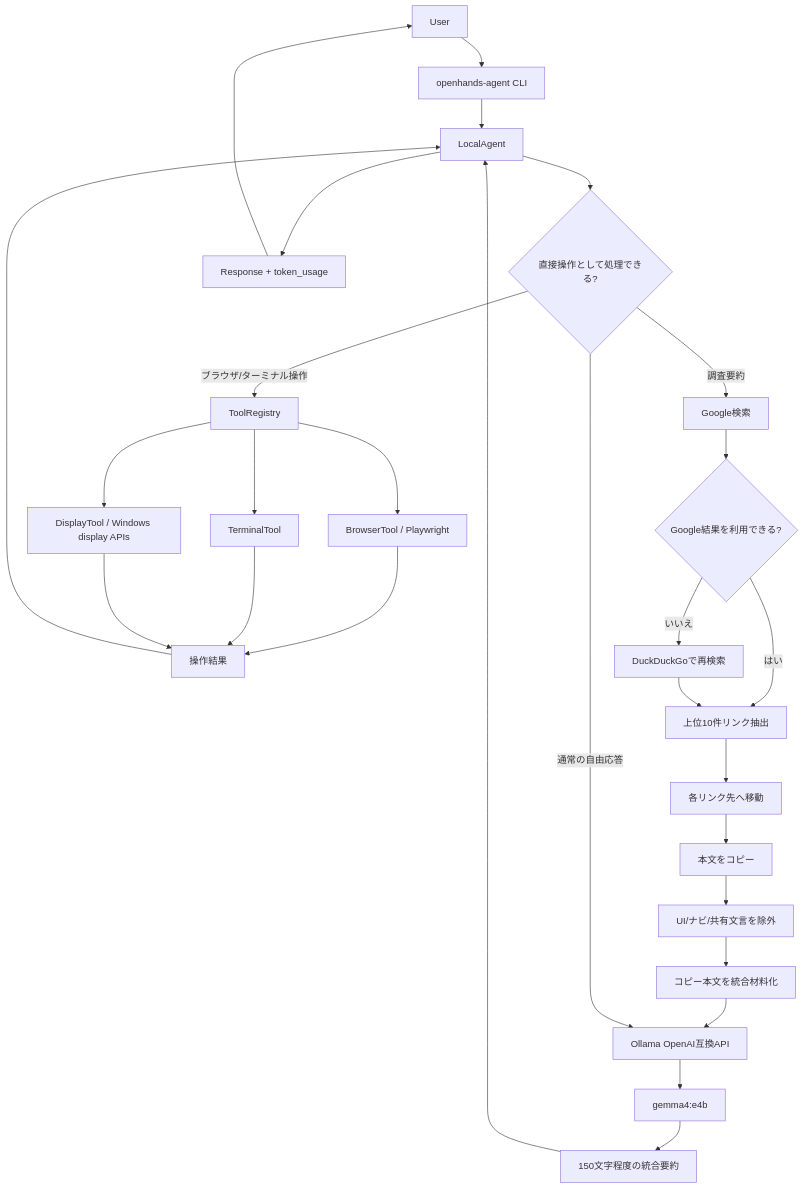
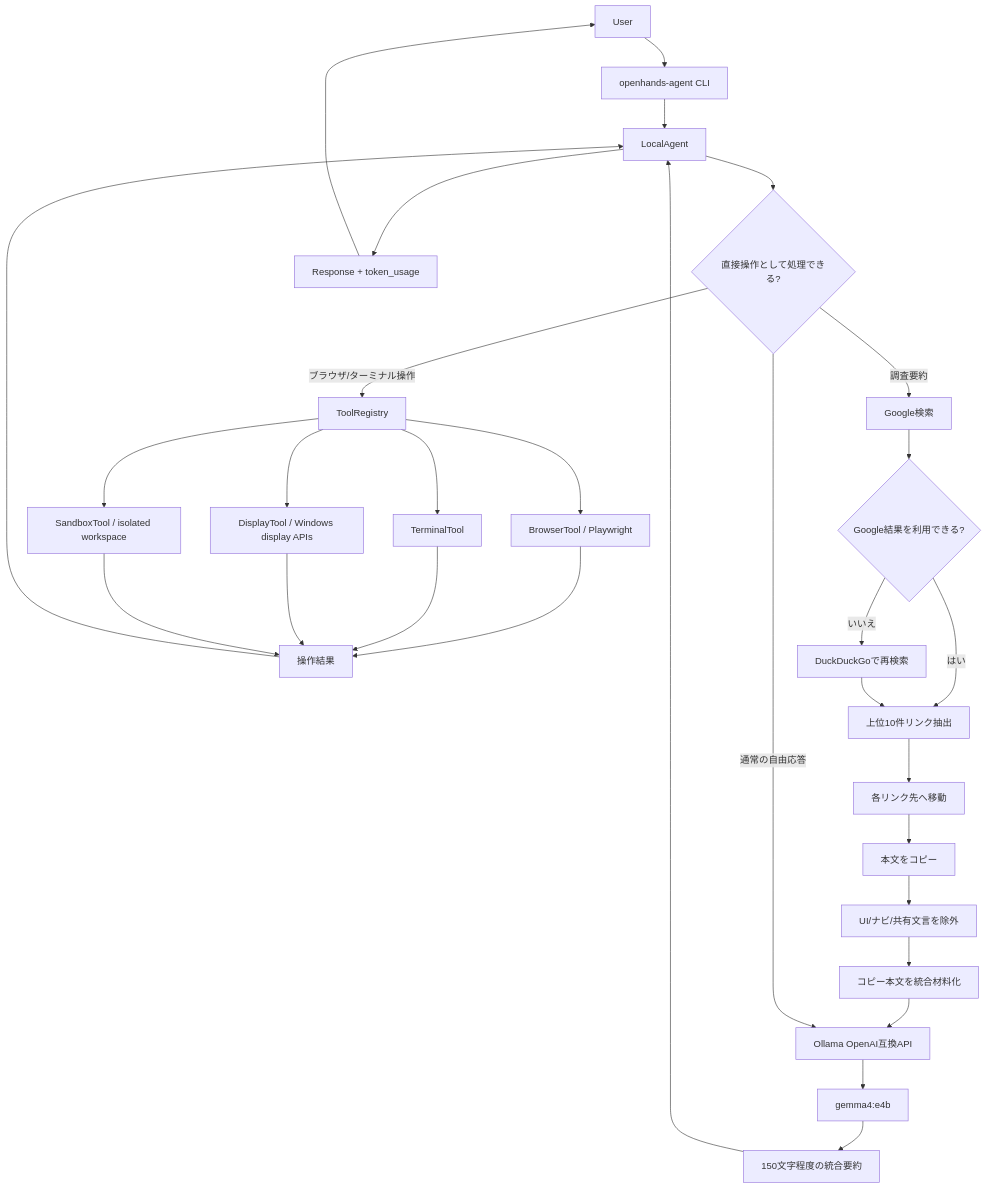
Before and after one commit to kazukiminemura/OpenFlow: the diagram in Readme.md, drawn with Mermaid. The commit also changed other lines of this file and 4 other files, not shown here.

Commit message:
Add isolated sandbox tool

````diff
--- a/Readme.md
+++ b/Readme.md
@@ -60,34 +64,36 @@
 ```mermaid
 flowchart TD
     U[User] --> CLI[openhands-agent CLI]
     CLI --> A[LocalAgent]
 
     A --> D{直接操作として処理できる?}
     D -->|ブラウザ/ターミナル操作| T[ToolRegistry]
     T --> B[BrowserTool / Playwright]
     T --> S[TerminalTool]
     T --> DT[DisplayTool / Windows display APIs]
+    T --> SB[SandboxTool / isolated workspace]
     B --> R1[操作結果]
     S --> R1
     DT --> R1
+    SB --> R1
     R1 --> A
 
     D -->|調査要約| G[Google検索]
     G --> GF{Google結果を利用できる?}
     GF -->|はい| L[上位10件リンク抽出]
     GF -->|いいえ| DD[DuckDuckGoで再検索]
     DD --> L
 
     L --> P[各リンク先へ移動]
     P --> C[本文をコピー]
     C --> F[UI/ナビ/共有文言を除外]
     F --> M[コピー本文を統合材料化]
     M --> O[Ollama OpenAI互換API]
     O --> LLM[gemma4:e4b]
     LLM --> SUM[150文字程度の統合要約]
     SUM --> A
 
     D -->|通常の自由応答| O
     A --> OUT[Response + token_usage]
     OUT --> U
 ```
````
